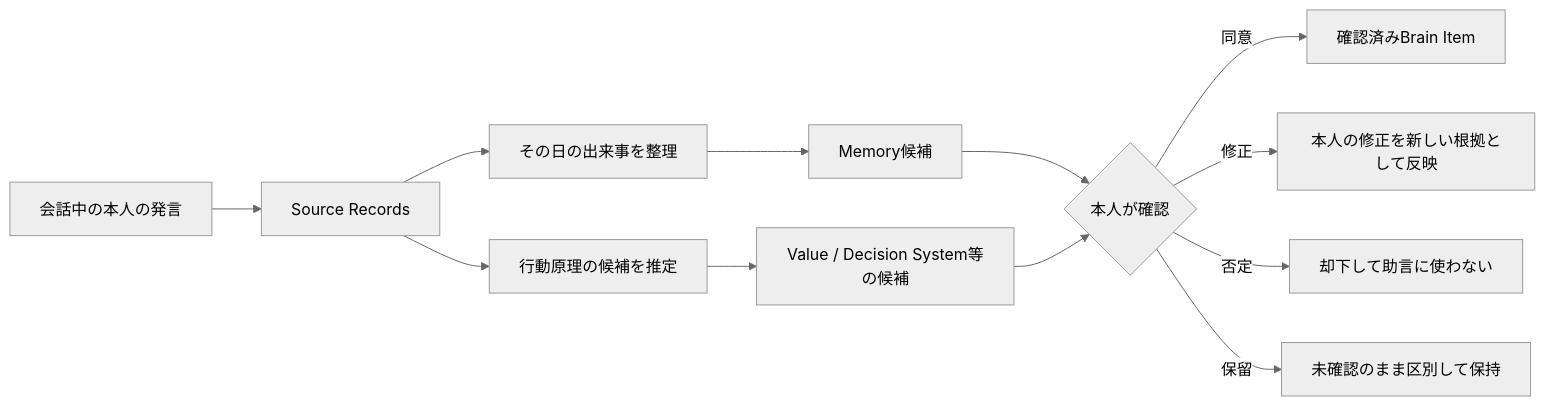
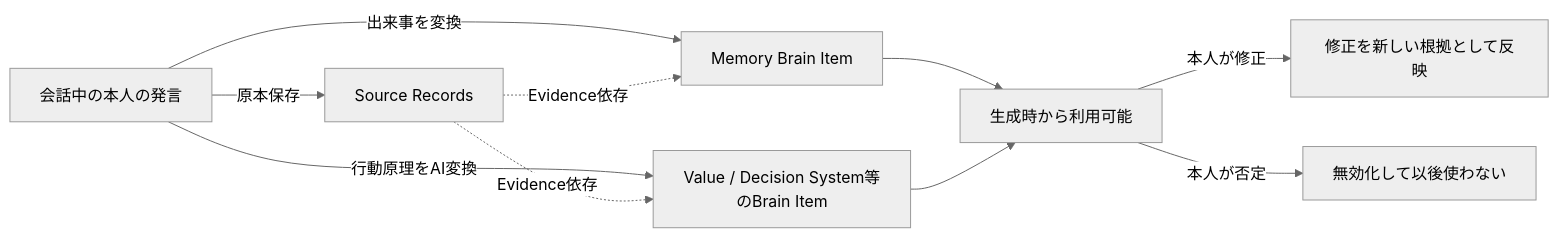
The second of 3 diagrams in docs/product/diary-chat-experience.md (kkyosuke/me-builder), drawn with Mermaid (neutral theme) before and after one commit. The commit also changed other lines of this file and 62 other files, not shown here.

````diff
--- a/docs/product/diary-chat-experience.md
+++ b/docs/product/diary-chat-experience.md
@@ -198,14 +199,12 @@
 ```mermaid
 flowchart LR
-    C[会話中の本人の発言] --> S[Source Records]
-    S --> E[その日の出来事を整理]
-    S --> P[行動原理の候補を推定]
-    E --> M[Memory候補]
-    P --> B[Value / Decision System等の候補]
-    M --> Q{本人が確認}
-    B --> Q
-    Q -->|同意| V[確認済みBrain Item]
-    Q -->|修正| R[本人の修正を新しい根拠として反映]
-    Q -->|否定| X[却下して助言に使わない]
-    Q -->|保留| H[未確認のまま区別して保持]
+    C[会話中の本人の発言] -->|原本保存| S[Source Records]
+    C -->|出来事を変換| M[Memory Brain Item]
+    C -->|行動原理をAI変換| B[Value / Decision System等のBrain Item]
+    S -.->|Evidence依存| M
+    S -.->|Evidence依存| B
+    M --> U[生成時から利用可能]
+    B --> U
+    U -->|本人が修正| R[修正を新しい根拠として反映]
+    U -->|本人が否定| X[無効化して以後使わない]
 ```
````
